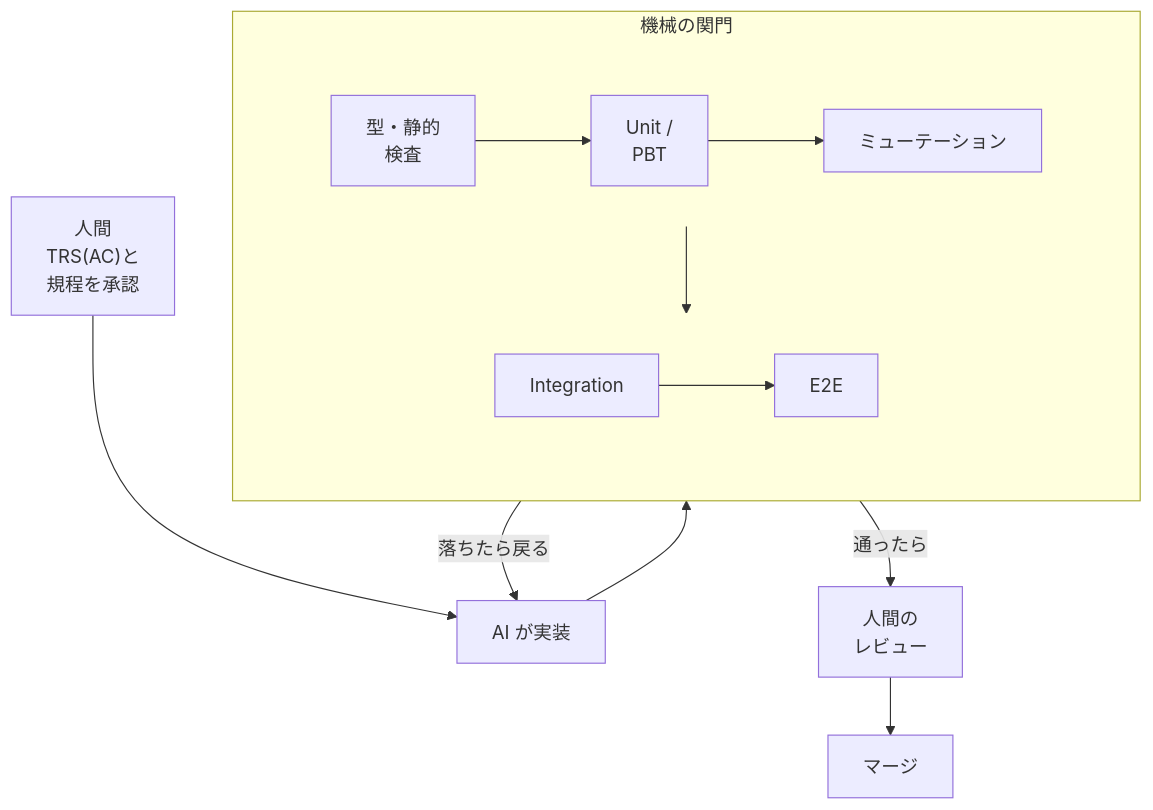
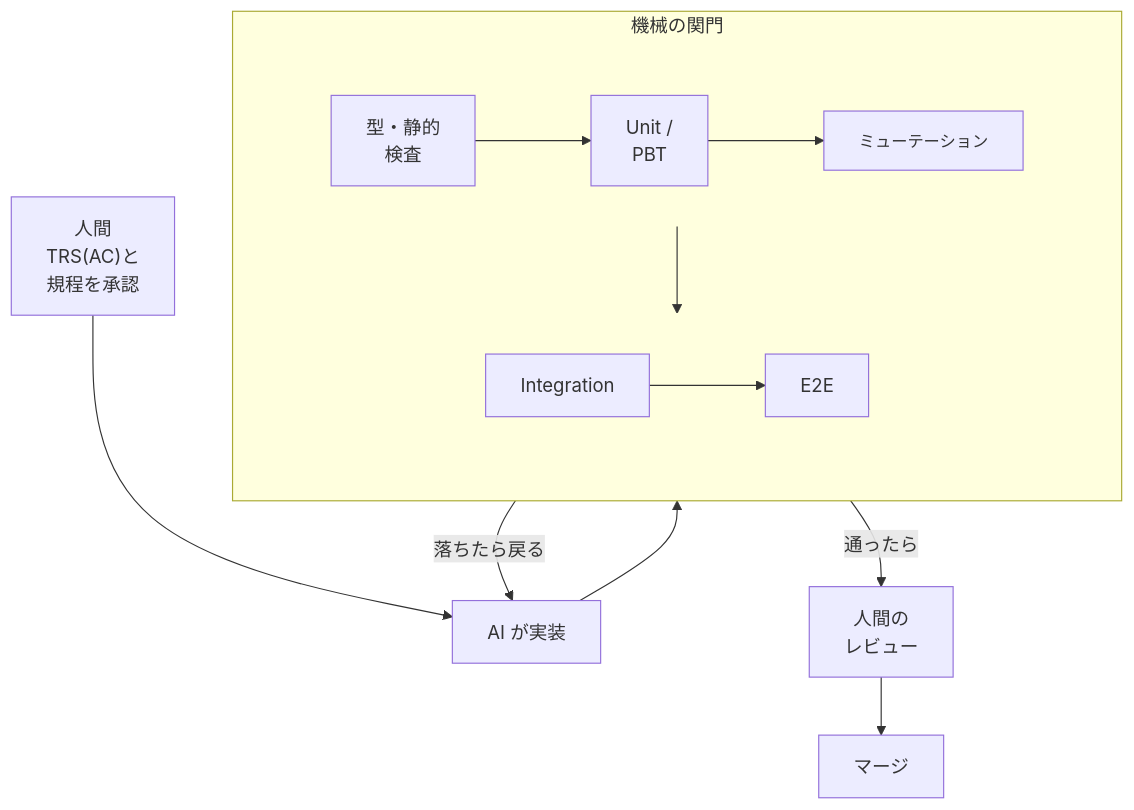
The first of 3 diagrams in README.md (toshio-shiratori/harness-test-strategy), drawn with Mermaid before and after one commit. The commit also changed other lines of this file, not shown here.

Commit message:
wip: 字の大きさで GitHub の折り返しを試す

````diff
--- a/README.md
+++ b/README.md
@@ -15,21 +15,22 @@
 ```mermaid
 flowchart TB
   H["人間<br/>TRS(AC)と<br/>規程を承認"] --> A["AI が実装"]
   subgraph GATES["機械の関門"]
     direction TB
     subgraph ROW1[" "]
       direction LR
-      G1["型・静的<br/>検査"] --> G2["Unit /<br/>PBT"] --> G3["ミューテーション　"]
+      G1["型・静的<br/>検査"] --> G2["Unit /<br/>PBT"] --> G3["ミューテーション"]
     end
     subgraph ROW2[" "]
       direction LR
       G4["Integration"] --> G5["E2E"]
     end
     ROW1 --> ROW2
   end
   A --> GATES
   GATES -- "落ちたら戻る" --> A
   GATES -- "通ったら" --> R["人間の<br/>レビュー"] --> M["マージ"]
   style ROW1 fill:none,stroke:none
   style ROW2 fill:none,stroke:none
+  style G3 font-size:14px
 ```
````
